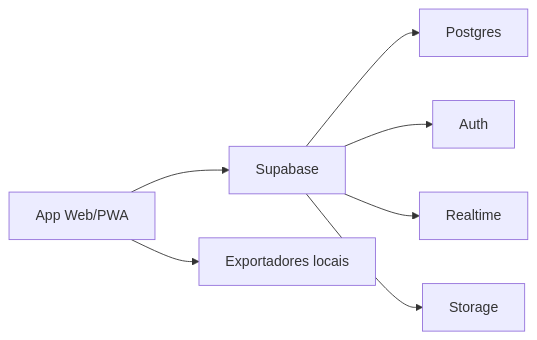
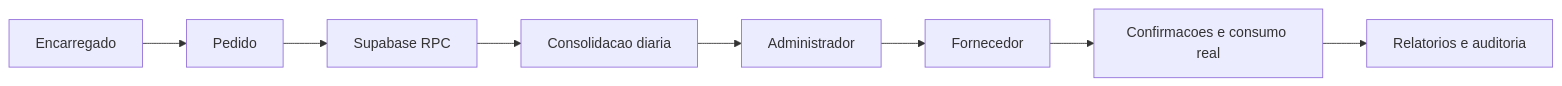
Before and after one commit to GuilhermeMoraesTV/alimenta-obra: the diagram in docs/arquitetura.md, drawn with Mermaid. The commit also changed other lines of this file and 9 other files, not shown here.

````diff
--- a/docs/arquitetura.md
+++ b/docs/arquitetura.md
@@ -60,9 +54,10 @@
 ```mermaid
 flowchart LR
-  A["App Web/PWA"] --> B["Supabase"]
-  B --> C["Postgres"]
-  B --> D["Auth"]
-  B --> E["Realtime"]
-  B --> F["Storage"]
-  A --> G["Exportadores locais"]
+  A["Encarregado"] --> B["Pedido"]
+  B --> C["Supabase RPC"]
+  C --> D["Consolidacao diaria"]
+  D --> E["Administrador"]
+  E --> F["Fornecedor"]
+  F --> G["Confirmacoes e consumo real"]
+  G --> H["Relatorios e auditoria"]
 ```
````
